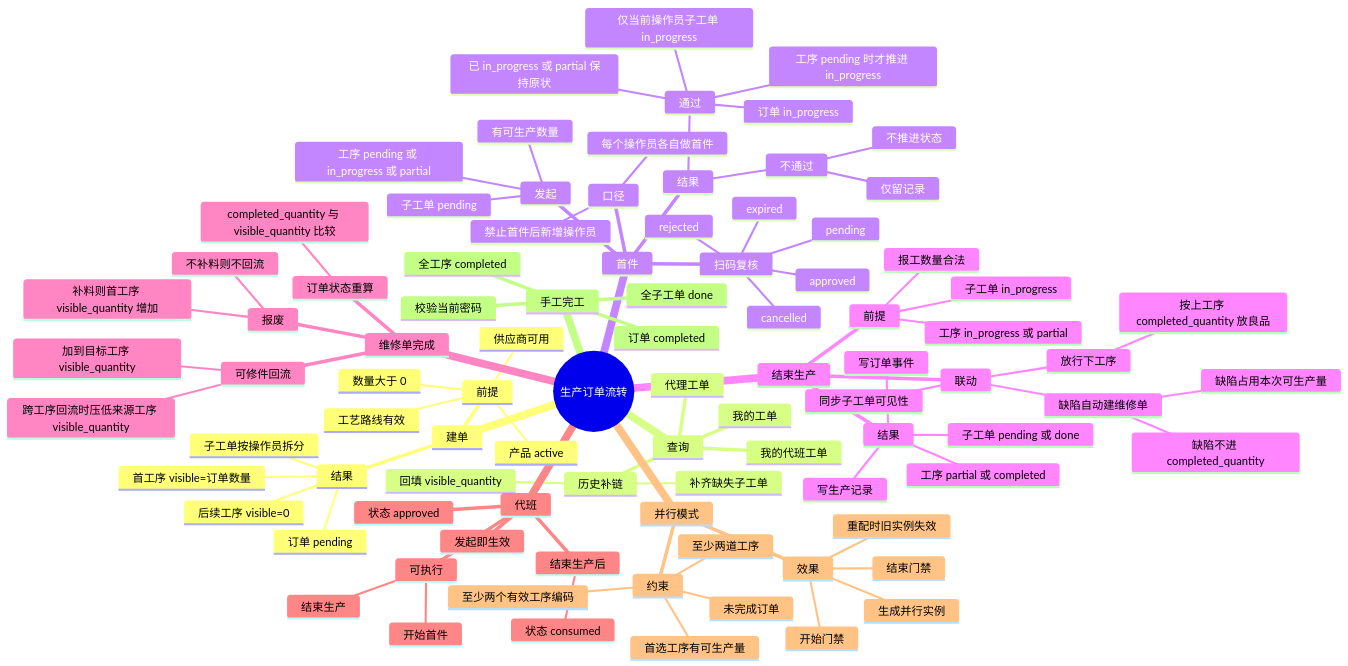
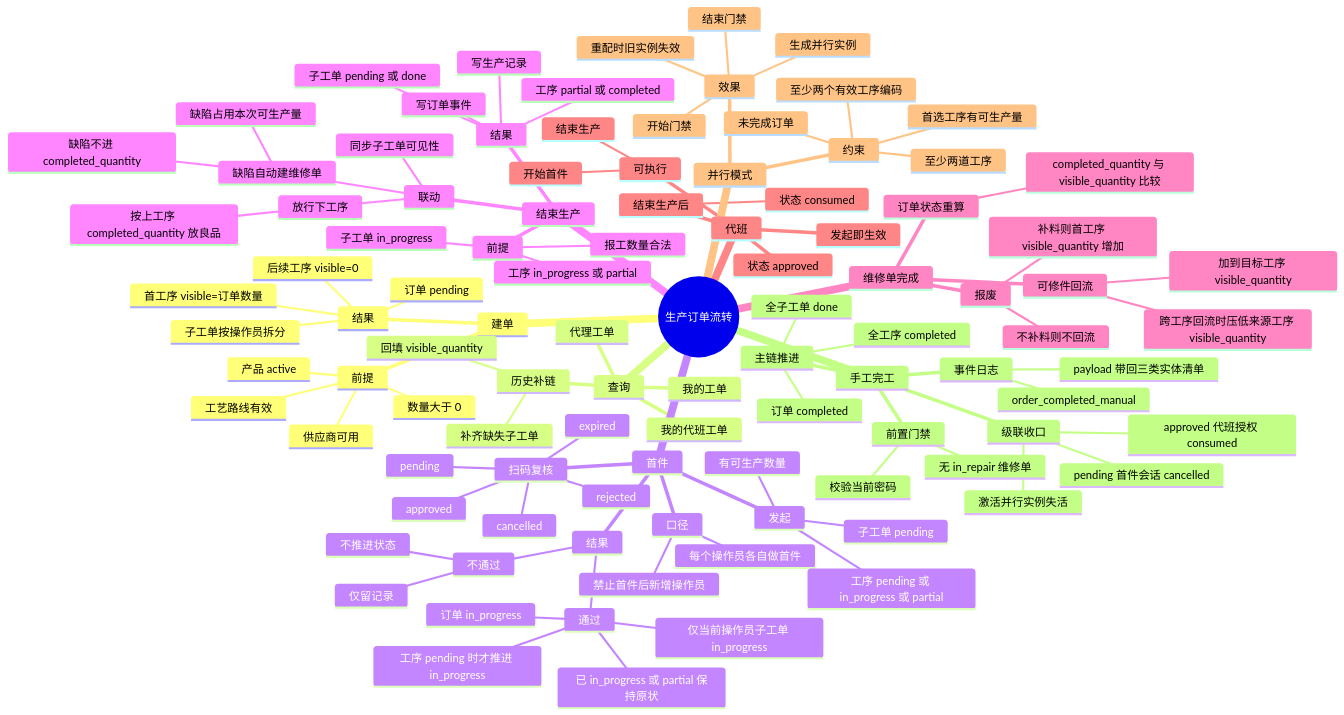
Before and after one commit to donkilove/ZYKJ_MES: the first of 3 diagrams in docs/生产订单流转/03-生产订单流转思维导图.md, drawn with Mermaid. The commit also changed other lines of this file and 4 other files, not shown here.

````diff
--- a/docs/生产订单流转/03-生产订单流转思维导图.md
+++ b/docs/生产订单流转/03-生产订单流转思维导图.md
@@ -92,8 +92,18 @@
         结束门禁
         重配时旧实例失效
     手工完工
-      校验当前密码
-      全工序 completed
-      全子工单 done
-      订单 completed
+      前置门禁
+        无 in_repair 维修单
+        校验当前密码
+      主链推进
+        全工序 completed
+        全子工单 done
+        订单 completed
+      级联收口
+        pending 首件会话 cancelled
+        approved 代班授权 consumed
+        激活并行实例失活
+      事件日志
+        order_completed_manual
+        payload 带回三类实体清单
 ```
````
